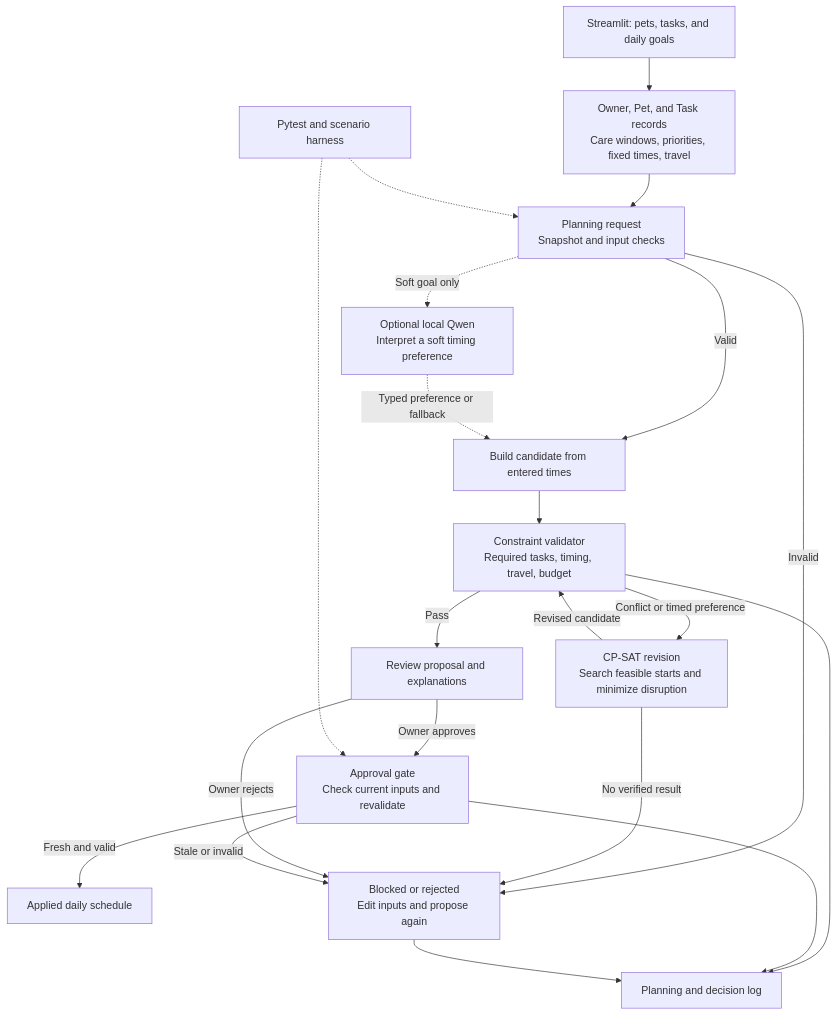
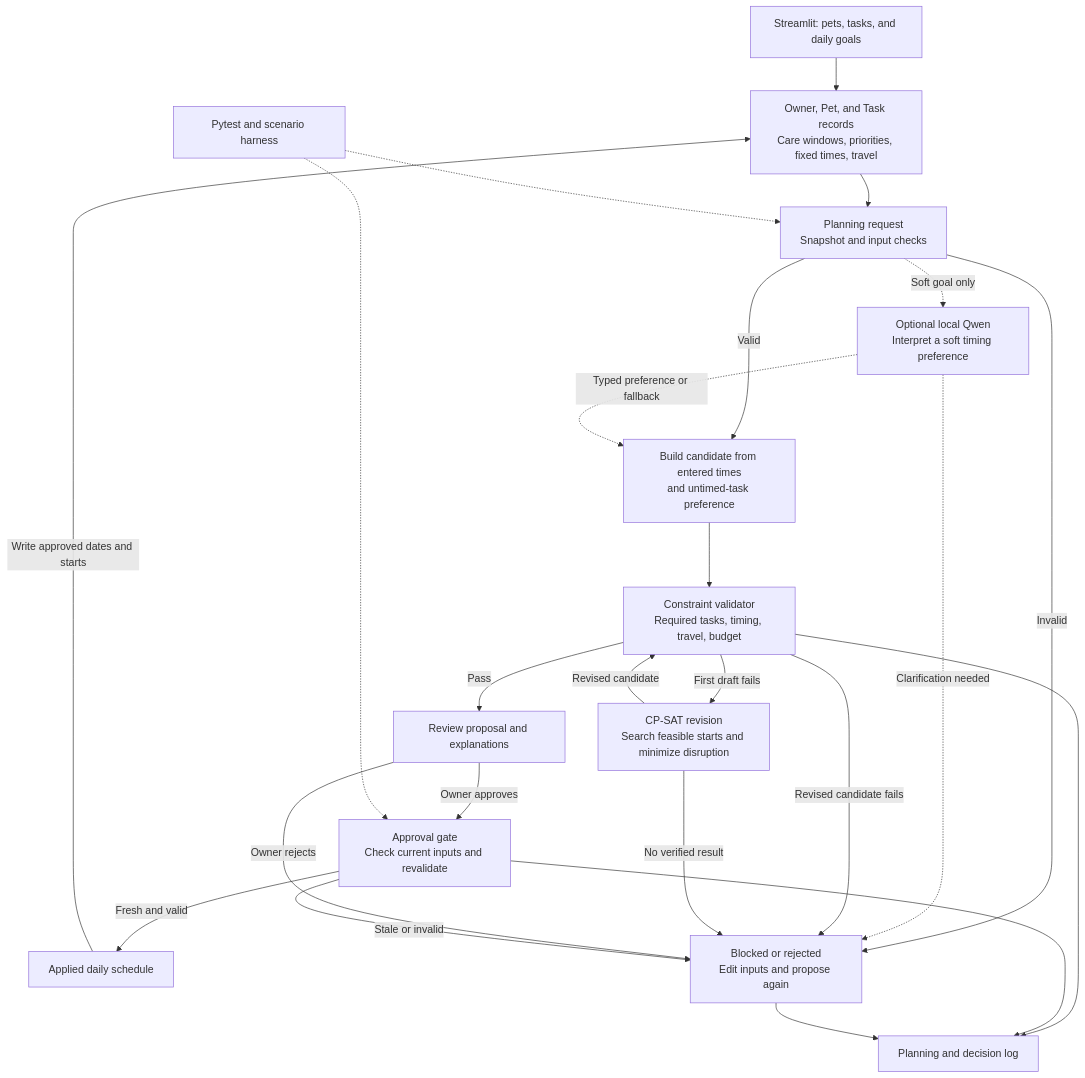
The diagram in diagrams/architecture.mmd (christosam3343/pawpal-ai-applied-system), drawn with Mermaid before and after one commit. The commit also changed 6 other files, not shown here.

```diff
--- a/diagrams/architecture.mmd
+++ b/diagrams/architecture.mmd
@@ -1,34 +1,37 @@
 flowchart TD
     UI["Streamlit: pets, tasks, and daily goals"]
     Data["Owner, Pet, and Task records<br/>Care windows, priorities, fixed times, travel"]
     Intake["Planning request<br/>Snapshot and input checks"]
     Model["Optional local Qwen<br/>Interpret a soft timing preference"]
-    Draft["Build candidate from entered times"]
+    Draft["Build candidate from entered times<br/>and untimed-task preference"]
     Validator["Constraint validator<br/>Required tasks, timing, travel, budget"]
     Solver["CP-SAT revision<br/>Search feasible starts and minimize disruption"]
     Gate["Review proposal and explanations"]
     Apply["Approval gate<br/>Check current inputs and revalidate"]
     Result["Applied daily schedule"]
     Block["Blocked or rejected<br/>Edit inputs and propose again"]
     Trace["Planning and decision log"]
     Eval["Pytest and scenario harness"]
 
     UI --> Data --> Intake
     Intake -->|"Valid"| Draft
     Intake -->|"Invalid"| Block
     Intake -.->|"Soft goal only"| Model
     Model -.->|"Typed preference or fallback"| Draft
+    Model -.->|"Clarification needed"| Block
     Draft --> Validator
-    Validator -->|"Conflict or timed preference"| Solver
+    Validator -->|"First draft fails"| Solver
+    Validator -->|"Revised candidate fails"| Block
     Solver -->|"Revised candidate"| Validator
     Solver -->|"No verified result"| Block
     Validator -->|"Pass"| Gate
     Gate -->|"Owner approves"| Apply
     Gate -->|"Owner rejects"| Block
     Apply -->|"Fresh and valid"| Result
+    Result -->|"Write approved dates and starts"| Data
     Apply -->|"Stale or invalid"| Block
     Validator --> Trace
     Apply --> Trace
     Block --> Trace
     Eval -.-> Intake
     Eval -.-> Apply
```
